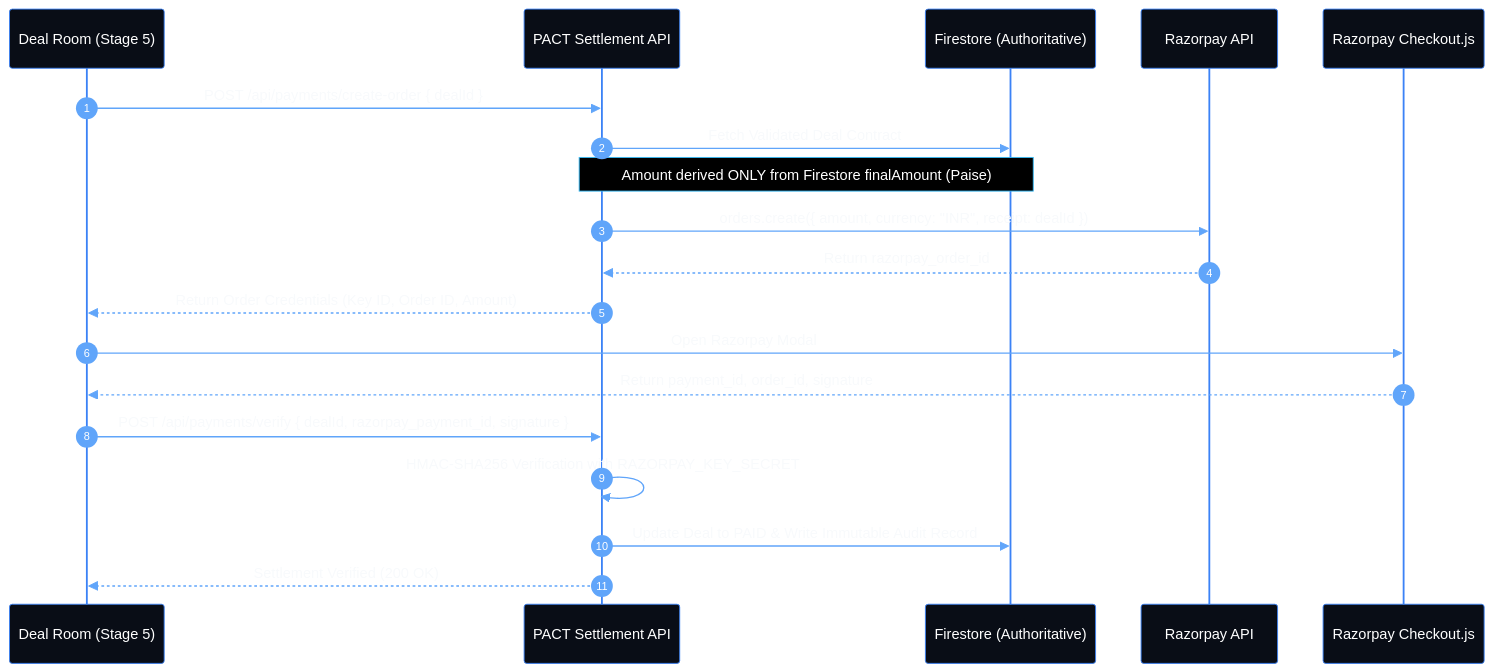
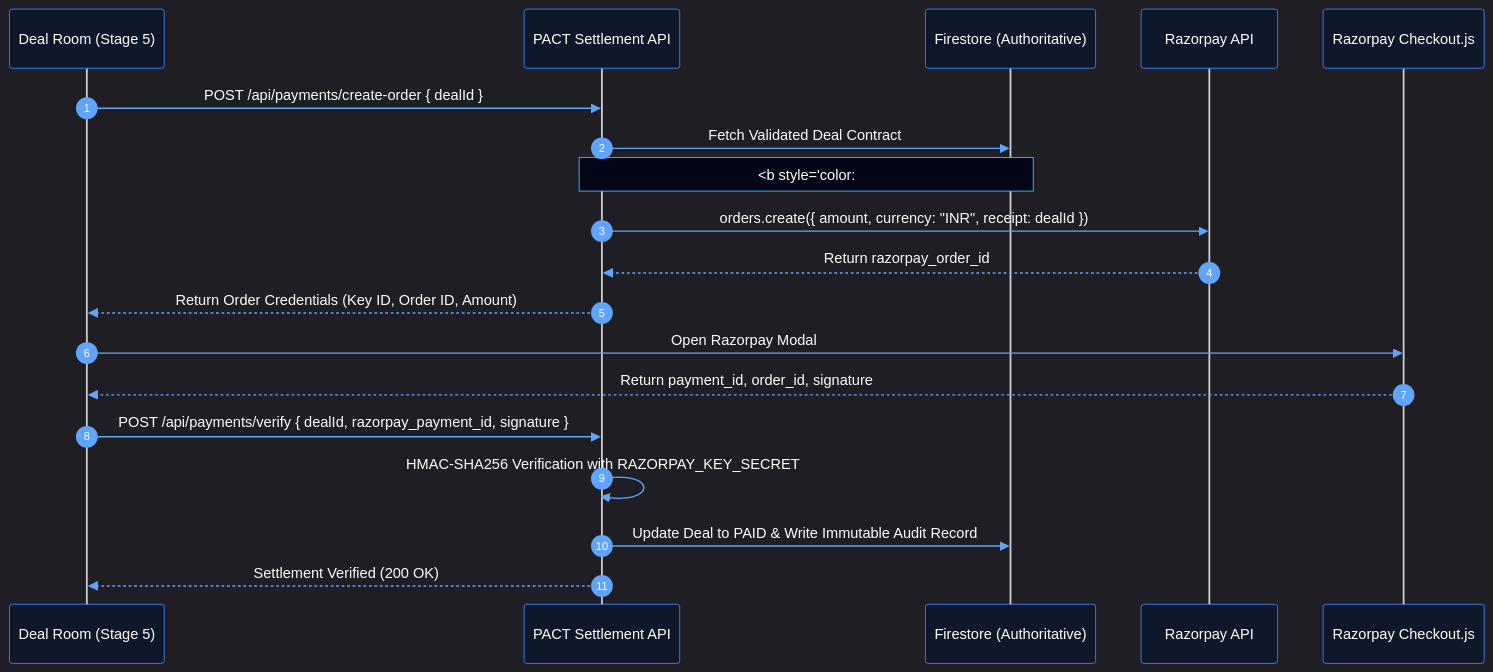
Before and after one commit to sushanth-arun/PACT-razorpay-buildathon: the second of 2 diagrams in README.md, drawn with Mermaid.

Commit message:
docs: fix Mermaid note box styling with theme dark, pure dark background, and bold white text

````diff
--- a/README.md
+++ b/README.md
@@ -112,23 +112,23 @@
 ```mermaid
-%%{init: {'theme': 'base', 'themeVariables': { 'actorBkg': '#090d16', 'actorBorder': '#3b82f6', 'actorTextColor': '#ffffff', 'signalColor': '#60a5fa', 'signalTextColor': '#f8fafc', 'noteBkgColor': '#000000', 'noteTextColor': '#ffffff', 'noteBorderColor': '#38bdf8', 'activationBorderColor': '#3b82f6', 'activationBkgColor': '#1e293b', 'sequenceNumberColor': '#ffffff' }}}%%
+%%{init: {'theme': 'dark', 'themeVariables': { 'actorBkg': '#0f172a', 'actorBorder': '#3b82f6', 'actorTextColor': '#ffffff', 'signalColor': '#60a5fa', 'signalTextColor': '#ffffff', 'noteBkgColor': '#020617', 'noteTextColor': '#ffffff', 'noteBorderColor': '#38bdf8', 'activationBorderColor': '#3b82f6', 'activationBkgColor': '#1e293b', 'sequenceNumberColor': '#ffffff' }}}%%
 sequenceDiagram
     autonumber
     participant UI as Deal Room (Stage 5)
     participant Server as PACT Settlement API
     participant DB as Firestore (Authoritative)
     participant RZP as Razorpay API
     participant SDK as Razorpay Checkout.js
 
     UI->>Server: POST /api/payments/create-order { dealId }
     Server->>DB: Fetch Validated Deal Contract
-    Note over Server,DB: Amount derived ONLY from Firestore finalAmount (Paise)
+    Note over Server,DB: <b style="color:#ffffff;">Amount derived ONLY from Firestore finalAmount (Paise)</b>
     Server->>RZP: orders.create({ amount, currency: "INR", receipt: dealId })
     RZP-->>Server: Return razorpay_order_id
     Server-->>UI: Return Order Credentials (Key ID, Order ID, Amount)
     UI->>SDK: Open Razorpay Modal
     SDK-->>UI: Return payment_id, order_id, signature
     UI->>Server: POST /api/payments/verify { dealId, razorpay_payment_id, signature }
     Server->>Server: HMAC-SHA256 Verification with RAZORPAY_KEY_SECRET
     Server->>DB: Update Deal to PAID & Write Immutable Audit Record
     Server-->>UI: Settlement Verified (200 OK)
 ```
````
